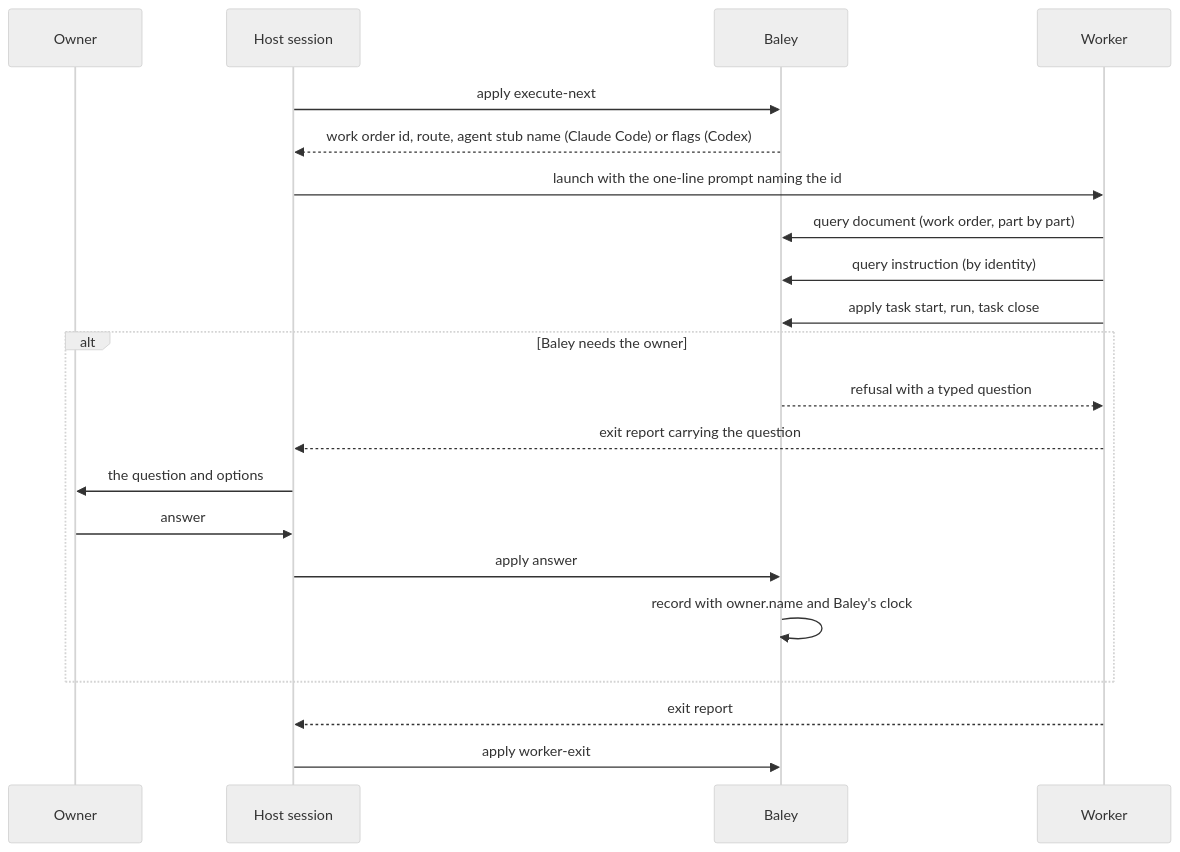
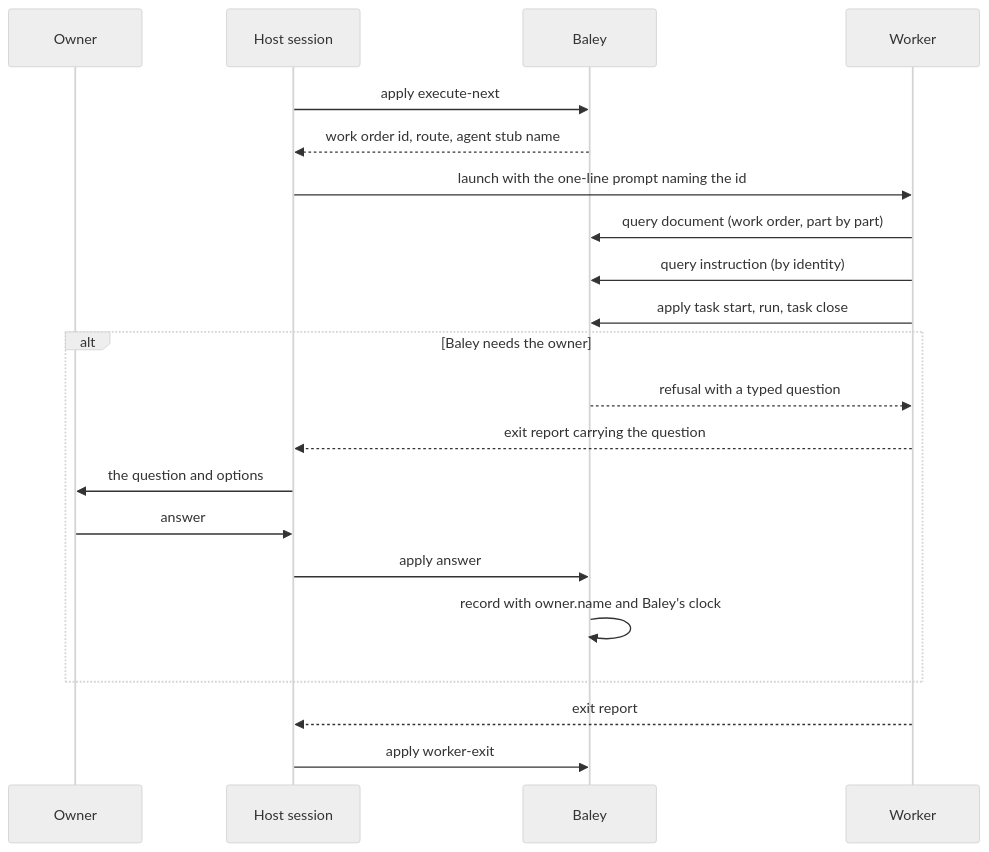
The fourth of 6 diagrams in docs/design/0012-host-interface.md (crenshawdev/baley), drawn with Mermaid (neutral theme) before and after one commit. The commit also changed other lines of this file, not shown here.

First line of the commit message:
docs(design): state claude-only host scope and the unknown-host refusal in 0012

````diff
--- a/docs/design/0012-host-interface.md
+++ b/docs/design/0012-host-interface.md
@@ -217,23 +217,23 @@
 ```mermaid
 sequenceDiagram
   participant O as Owner
   participant H as Host session
   participant S as Baley
   participant W as Worker
   H->>S: apply execute-next
-  S-->>H: work order id, route, agent stub name (Claude Code) or flags (Codex)
+  S-->>H: work order id, route, agent stub name
   H->>W: launch with the one-line prompt naming the id
   W->>S: query document (work order, part by part)
   W->>S: query instruction (by identity)
   W->>S: apply task start, run, task close
   alt Baley needs the owner
     S-->>W: refusal with a typed question
     W-->>H: exit report carrying the question
     H->>O: the question and options
     O->>H: answer
     H->>S: apply answer
     S->>S: record with owner.name and Baley's clock
   end
   W-->>H: exit report
   H->>S: apply worker-exit
 ```
````
